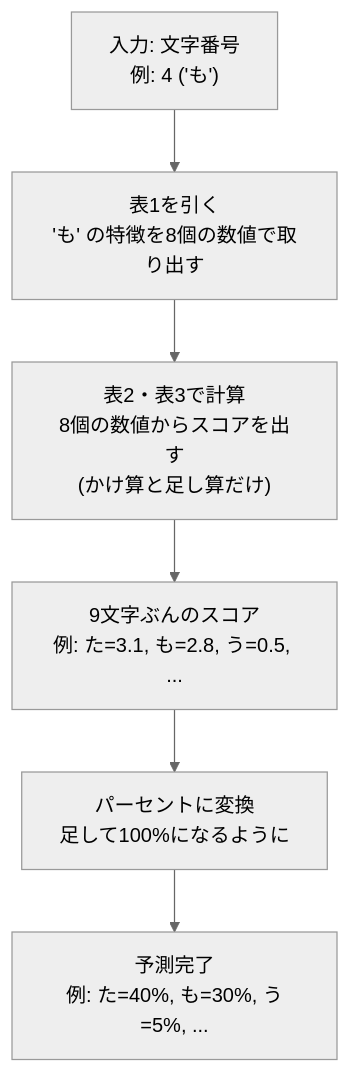
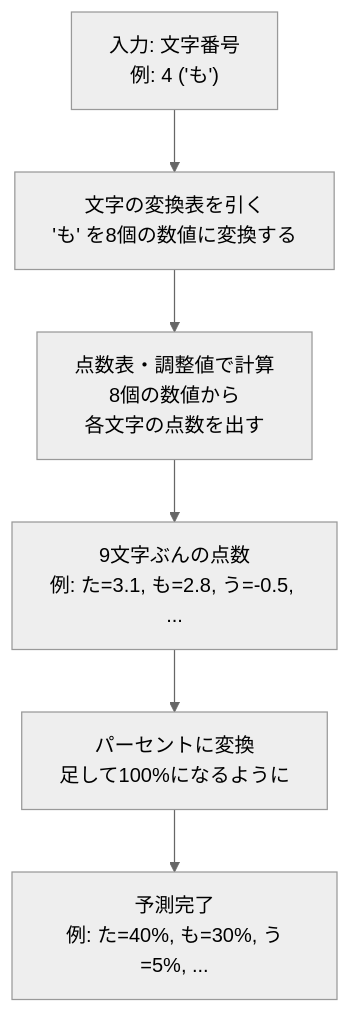
Before and after one commit to tommykey0925/rawminilm: the second of 3 diagrams in README.md, drawn with Mermaid (neutral theme). The commit also changed other lines of this file and 1 other file, not shown here.

````diff
--- a/README.md
+++ b/README.md
@@ -69,11 +69,11 @@
 ```mermaid
 flowchart TD
     A["入力: 文字番号<br>例: 4 ('も')"]
-    B["表1を引く<br>'も' の特徴を8個の数値で取り出す"]
-    C["表2・表3で計算<br>8個の数値からスコアを出す<br>(かけ算と足し算だけ)"]
-    D["9文字ぶんのスコア<br>例: た=3.1, も=2.8, う=0.5, ..."]
+    B["文字の変換表を引く<br>'も' を8個の数値に変換する"]
+    C["点数表・調整値で計算<br>8個の数値から<br>各文字の点数を出す"]
+    D["9文字ぶんの点数<br>例: た=3.1, も=2.8, う=-0.5, ..."]
     E["パーセントに変換<br>足して100%になるように"]
     F["予測完了<br>例: た=40%, も=30%, う=5%, ..."]
 
     A --> B --> C --> D --> E --> F
 ```
````
